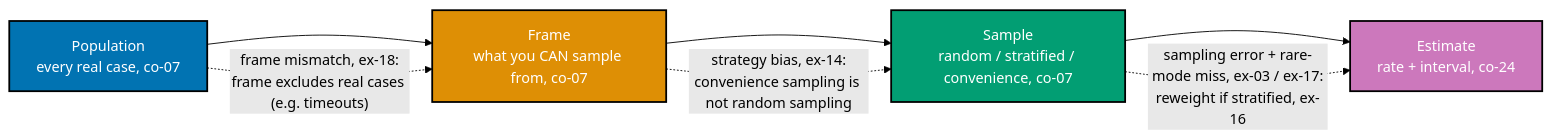
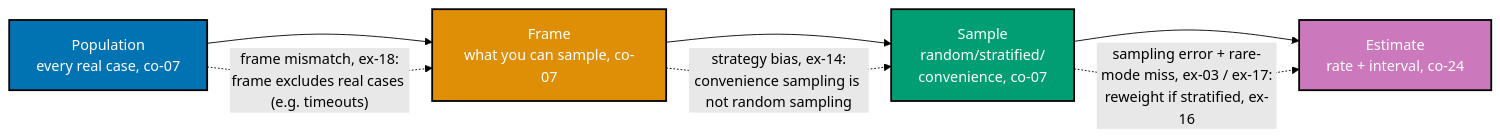
One commit to wahidyankf/baseerah changed the diagram in apps/ayokoding-www/content/en/learn/courses/statistics-for-evaluation/learning/theme-b-sampling.md. Above: the diagram before and after it, drawn with Mermaid (forest theme).

Commit message:
fix(ayokoding-www): shorten mermaid node labels in theme-b-sampling condensed diagram
`rhino-cli md mermaid validate` reports 2 label_too_long violations on this
file's condensed preview diagram (node "F": 31 chars, node "S": 40 chars,
both over the 30-char max) -- the PR body's "md mermaid validate -- all
clean" claim did not hold for this file, though the canonical full diagram
at learning/artifacts/ex-19-sampling-diagram.md was already clean.

Adopted that canonical diagram's already-validated shorter node text for
the same two nodes ("Frame<br/>what you can sample, co-07" and
"Sample<br/>random/stratified/<br/>convenience, co-07") so the condensed
preview both passes and stays textually consistent with the full diagram.
Reproduced 2 violations before, 0 after with the actual validator.

PR review finding: pr-review-synthesis-maker review #4781484044, thread
PRRT_kwDOQXc0486T1-lk.

````diff
--- a/apps/ayokoding-www/content/en/learn/courses/statistics-for-evaluation/learning/theme-b-sampling.md
+++ b/apps/ayokoding-www/content/en/learn/courses/statistics-for-evaluation/learning/theme-b-sampling.md
@@ -495,17 +495,17 @@
 ```mermaid
 %% Color Palette: Blue #0173B2, Orange #DE8F05, Teal #029E73, Purple #CC78BC, Brown #CA9161
 %% All colors are color-blind friendly and meet WCAG AA contrast standards
 graph LR
-    P["Population<br/>every real case, co-07"]:::blue --> F["Frame<br/>what you CAN sample from, co-07"]:::orange
-    F --> S["Sample<br/>random / stratified / convenience, co-07"]:::teal
+    P["Population<br/>every real case, co-07"]:::blue --> F["Frame<br/>what you can sample, co-07"]:::orange
+    F --> S["Sample<br/>random/stratified/<br/>convenience, co-07"]:::teal
     S --> E["Estimate<br/>rate + interval, co-24"]:::purple
 
     P -.->|"frame mismatch, ex-18:<br/>frame excludes real cases (e.g. timeouts)"| F
     F -.->|"strategy bias, ex-14:<br/>convenience sampling is not random sampling"| S
     S -.->|"sampling error + rare-mode miss, ex-03 / ex-17:<br/>reweight if stratified, ex-16"| E
 
     classDef blue fill:#0173B2,stroke:#000000,color:#FFFFFF,stroke-width:2px
     classDef orange fill:#DE8F05,stroke:#000000,color:#FFFFFF,stroke-width:2px
     classDef teal fill:#029E73,stroke:#000000,color:#FFFFFF,stroke-width:2px
     classDef purple fill:#CC78BC,stroke:#000000,color:#FFFFFF,stroke-width:2px
 ```
````
